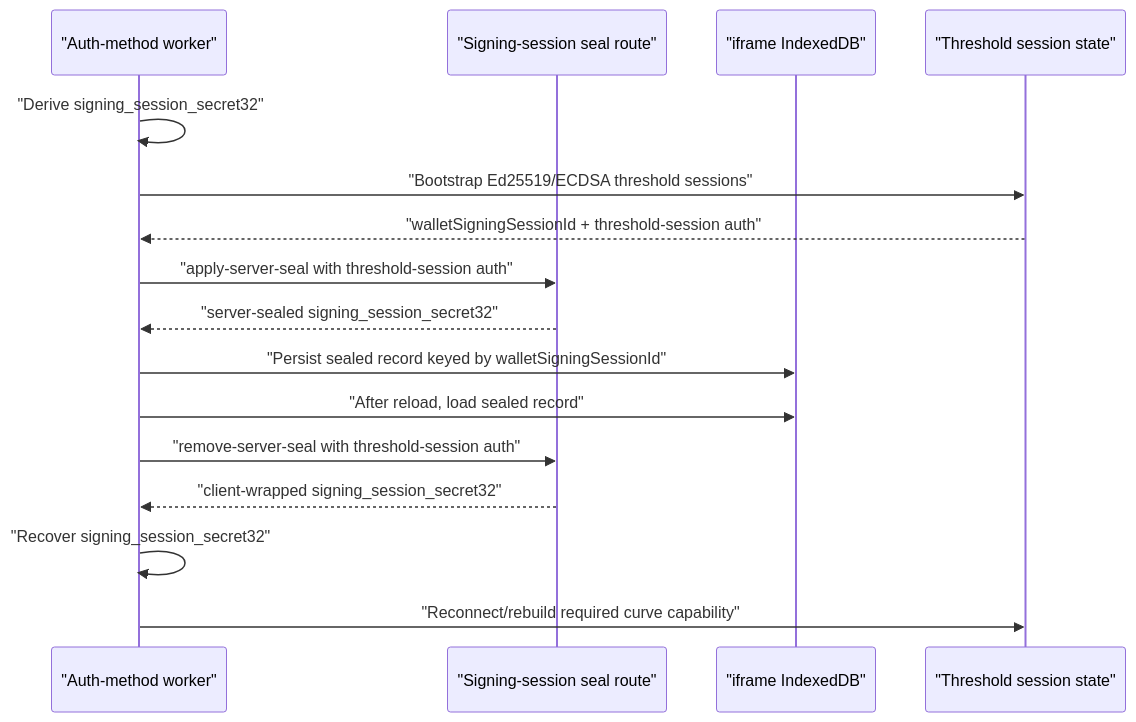
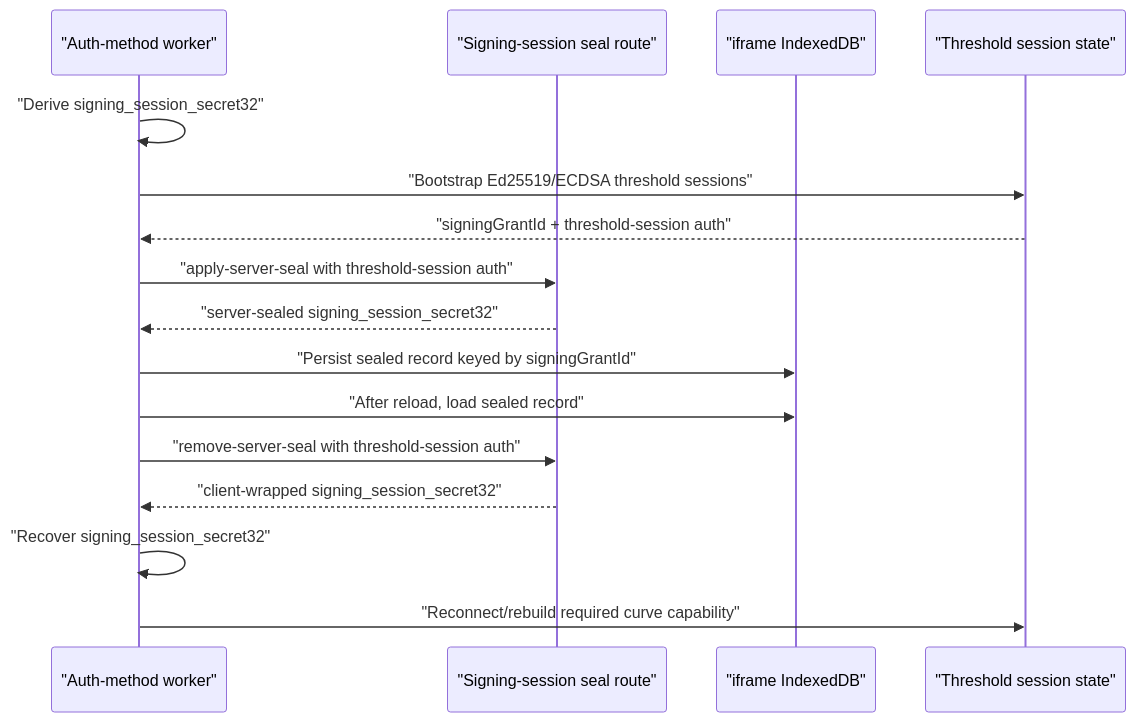
One commit to seams-tech/seams-sdk changed the diagram in docs/signing-session-architecture/sealed-refresh.md. Above: the diagram before and after it, drawn with Mermaid. The commit also changed other lines of this file and 53 other files, not shown here.

````diff
--- a/docs/signing-session-architecture/sealed-refresh.md
+++ b/docs/signing-session-architecture/sealed-refresh.md
@@ -95,20 +95,20 @@
 ```mermaid
 sequenceDiagram
   participant Worker as "Auth-method worker"
   participant Seal as "Signing-session seal route"
   participant Store as "iframe IndexedDB"
   participant Threshold as "Threshold session state"
 
   Worker->>Worker: "Derive signing_session_secret32"
   Worker->>Threshold: "Bootstrap Ed25519/ECDSA threshold sessions"
-  Threshold-->>Worker: "walletSigningSessionId + threshold-session auth"
+  Threshold-->>Worker: "signingGrantId + threshold-session auth"
   Worker->>Seal: "apply-server-seal with threshold-session auth"
   Seal-->>Worker: "server-sealed signing_session_secret32"
-  Worker->>Store: "Persist sealed record keyed by walletSigningSessionId"
+  Worker->>Store: "Persist sealed record keyed by signingGrantId"
 
   Worker->>Store: "After reload, load sealed record"
   Worker->>Seal: "remove-server-seal with threshold-session auth"
   Seal-->>Worker: "client-wrapped signing_session_secret32"
   Worker->>Worker: "Recover signing_session_secret32"
   Worker->>Threshold: "Reconnect/rebuild required curve capability"
 ```
````
